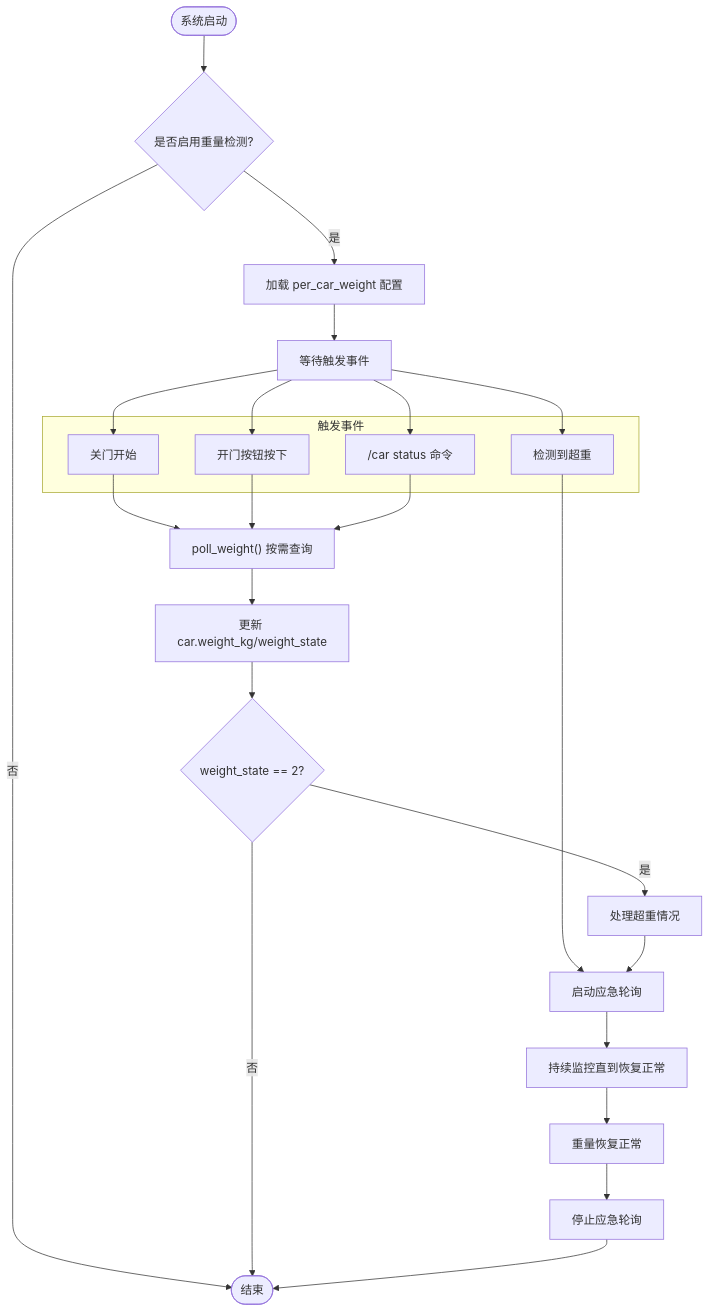
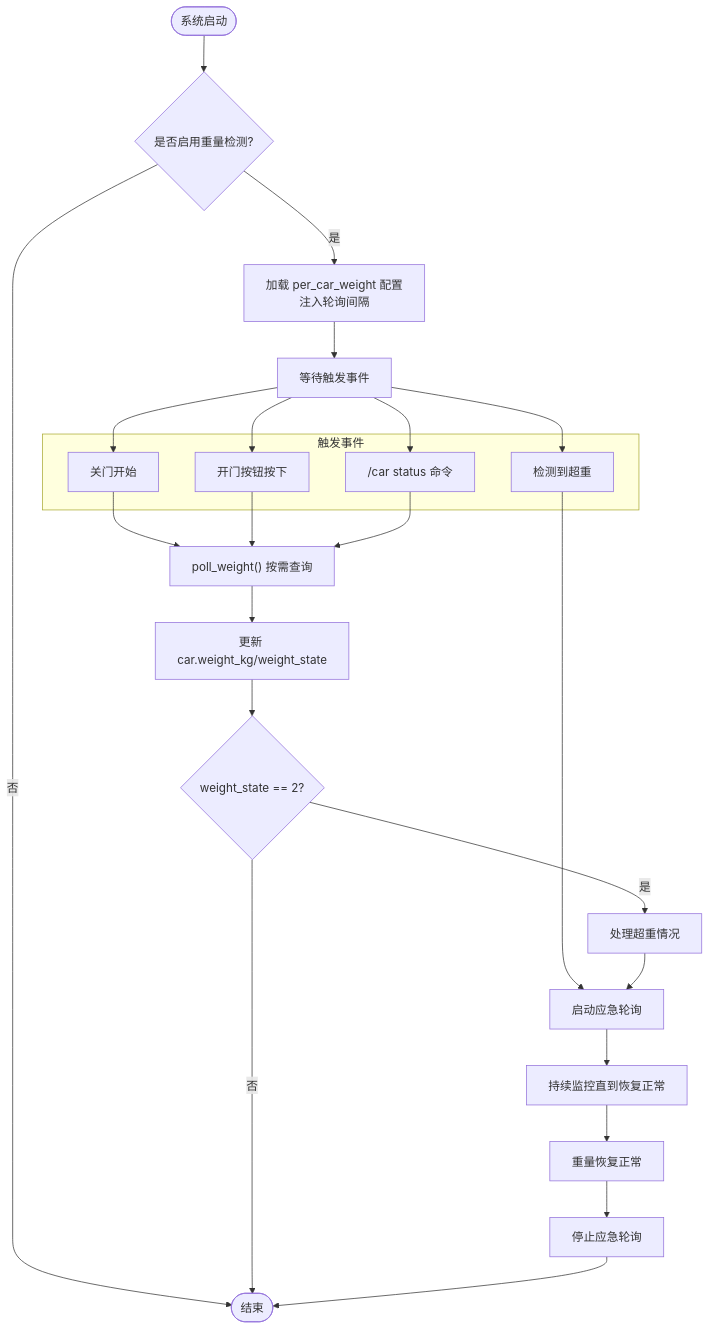
Before and after one commit to xmb505/Haku_EET: the fourth of 7 diagrams in .qoder/repowiki/zh/content/小脑模块/重量检测系统.md, drawn with Mermaid. The commit also changed other lines of this file and 27 other files, not shown here.

````diff
--- a/.qoder/repowiki/zh/content/小脑模块/重量检测系统.md
+++ b/.qoder/repowiki/zh/content/小脑模块/重量检测系统.md
@@ -239,30 +240,30 @@
 ```mermaid
 flowchart TD
 Start(["系统启动"]) --> Check{"是否启用重量检测?"}
-Check --> |是| Config["加载 per_car_weight 配置"]
+Check --> |是| Config["加载 per_car_weight 配置<br/>注入轮询间隔"]
 Check --> |否| End(["结束"])
 Config --> Ready["等待触发事件"]
 subgraph "触发事件"
 DoorClose["关门开始"]
 DoorOpen["开门按钮按下"]
 StatusCmd["/car status 命令"]
 Overweight["检测到超重"]
 end
 Ready --> DoorClose
 Ready --> DoorOpen
 Ready --> StatusCmd
 Ready --> Overweight
 DoorClose --> PollWeight["poll_weight() 按需查询"]
 DoorOpen --> PollWeight
 StatusCmd --> PollWeight
 Overweight --> EmergencyPoll["启动应急轮询"]
 PollWeight --> UpdateState["更新 car.weight_kg/weight_state"]
 EmergencyPoll --> Monitor["持续监控直到恢复正常"]
 UpdateState --> CheckState{"weight_state == 2?"}
 CheckState --> |是| HandleOverweight["处理超重情况"]
 CheckState --> |否| End
 HandleOverweight --> EmergencyPoll
 Monitor --> Normalized["重量恢复正常"]
 Normalized --> StopEmergency["停止应急轮询"]
 StopEmergency --> End
 ```
````
